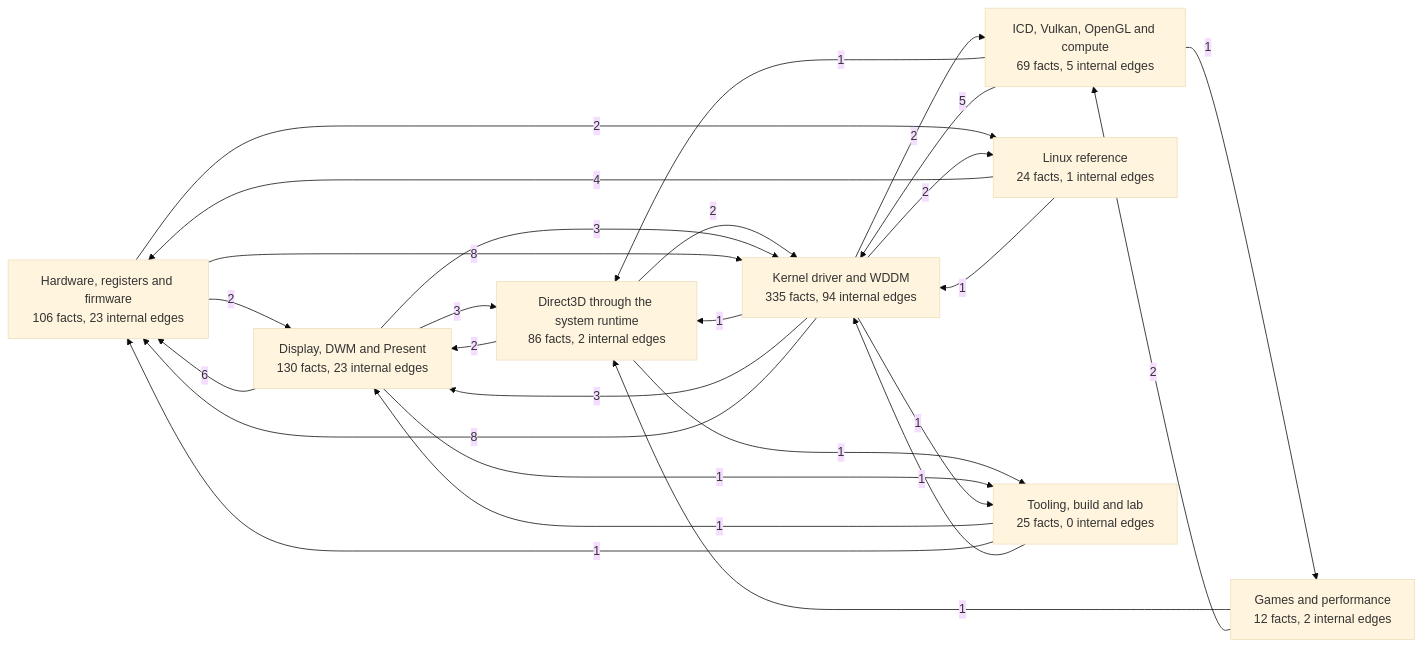
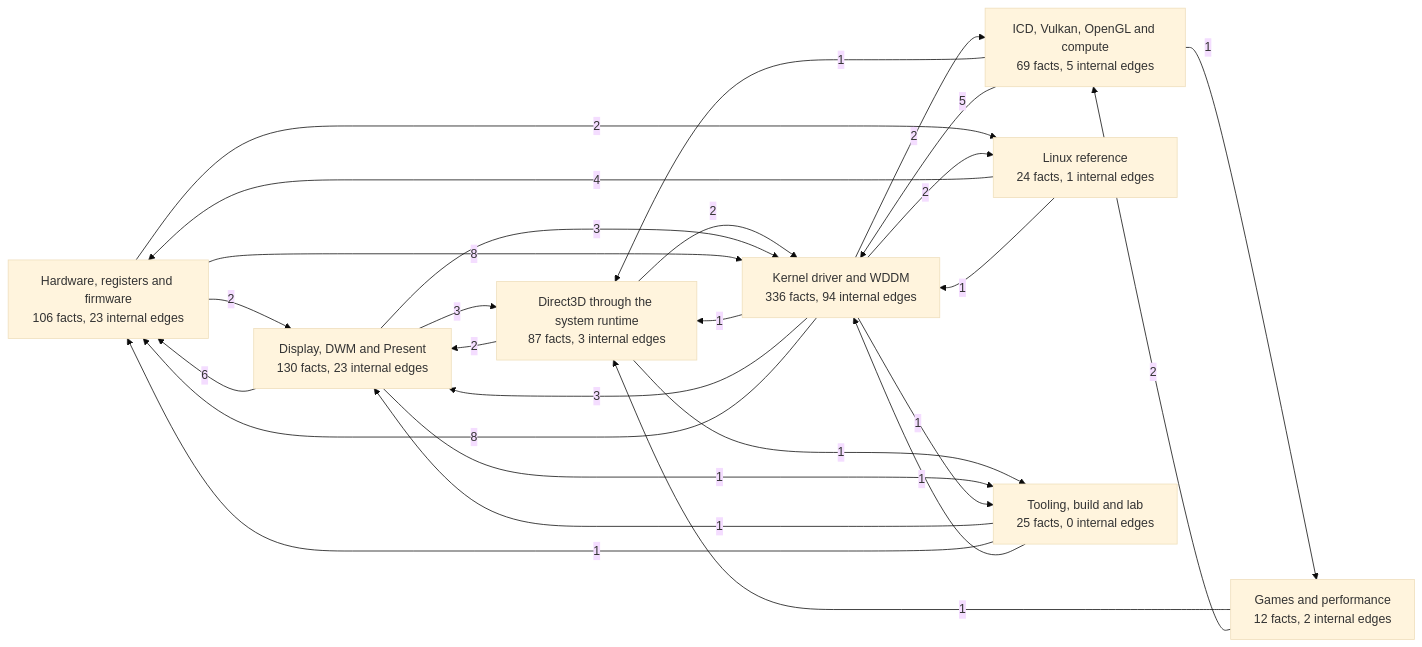
Before and after one commit to D-Ogi/amdgpu-wddm: the diagram in docs/facts.md, drawn with Mermaid (base theme). The commit also changed other lines of this file and 78 other files, not shown here.

First line of the commit message:
E51: the kernel driver's held submission and the shell's deferred-replay wake

````diff
--- a/docs/facts.md
+++ b/docs/facts.md
@@ -32,37 +32,37 @@
 ```mermaid
 flowchart LR
   hardware["Hardware, registers and firmware<br/>106 facts, 23 internal edges"]
-  kmd["Kernel driver and WDDM<br/>335 facts, 94 internal edges"]
+  kmd["Kernel driver and WDDM<br/>336 facts, 94 internal edges"]
   display["Display, DWM and Present<br/>130 facts, 23 internal edges"]
   icd["ICD, Vulkan, OpenGL and compute<br/>69 facts, 5 internal edges"]
-  d3d["Direct3D through the system runtime<br/>86 facts, 2 internal edges"]
+  d3d["Direct3D through the system runtime<br/>87 facts, 3 internal edges"]
   games["Games and performance<br/>12 facts, 2 internal edges"]
   linux["Linux reference<br/>24 facts, 1 internal edges"]
   tooling["Tooling, build and lab<br/>25 facts, 0 internal edges"]
   d3d -->|2| display
   d3d -->|2| kmd
   d3d -->|1| tooling
   display -->|3| d3d
   display -->|6| hardware
   display -->|3| kmd
   display -->|1| tooling
   games -->|1| d3d
   games -->|2| icd
   hardware -->|2| display
   hardware -->|8| kmd
   hardware -->|2| linux
   icd -->|1| d3d
   icd -->|1| games
   icd -->|5| kmd
   kmd -->|1| d3d
   kmd -->|3| display
   kmd -->|8| hardware
   kmd -->|2| icd
   kmd -->|2| linux
   kmd -->|1| tooling
   linux -->|4| hardware
   linux -->|1| kmd
   tooling -->|1| display
   tooling -->|1| hardware
   tooling -->|1| kmd
 ```
````
